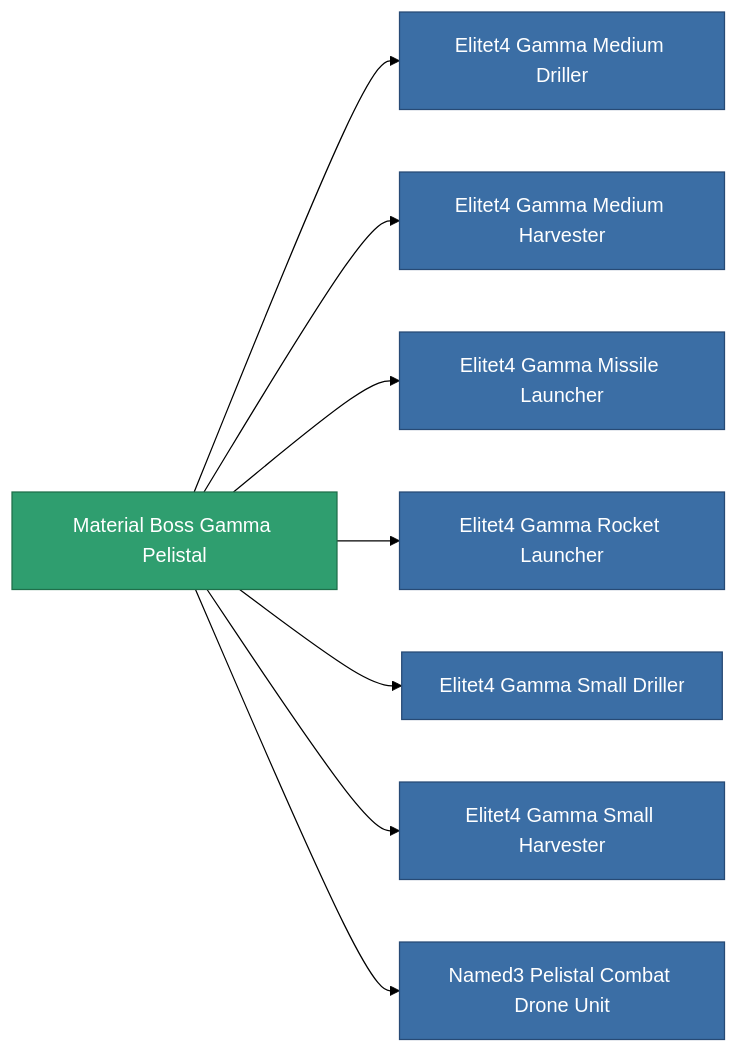
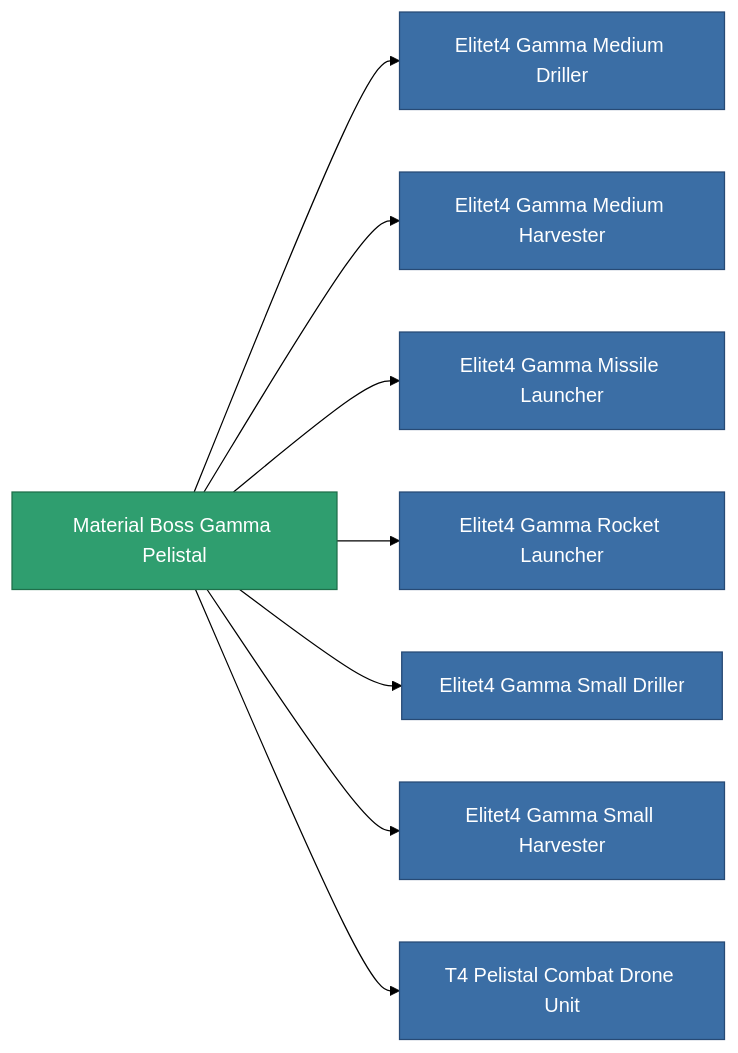
Before and after one commit to OpenPerpetuum/Wiki: the diagram in content/content/items/material_boss_gamma_pelistal.md, drawn with Mermaid (forest theme). The commit also changed other lines of this file and 4904 other files, not shown here.

````diff
--- a/content/content/items/material_boss_gamma_pelistal.md
+++ b/content/content/items/material_boss_gamma_pelistal.md
@@ -28,28 +28,28 @@
 ```mermaid
 graph LR
     a["Material Boss Gamma Pelistal"]:::current
     b["Elitet4 Gamma Medium Driller"]:::prod
     a --> b
     click b "/content/items/elitet4-gamma-medium-driller/" "Elitet4 Gamma Medium Driller"
     c["Elitet4 Gamma Medium Harvester"]:::prod
     a --> c
     click c "/content/items/elitet4-gamma-medium-harvester/" "Elitet4 Gamma Medium Harvester"
     d["Elitet4 Gamma Missile Launcher"]:::prod
     a --> d
     click d "/content/items/elitet4-gamma-missile-launcher/" "Elitet4 Gamma Missile Launcher"
     e["Elitet4 Gamma Rocket Launcher"]:::prod
     a --> e
     click e "/content/items/elitet4-gamma-rocket-launcher/" "Elitet4 Gamma Rocket Launcher"
     f["Elitet4 Gamma Small Driller"]:::prod
     a --> f
     click f "/content/items/elitet4-gamma-small-driller/" "Elitet4 Gamma Small Driller"
     g["Elitet4 Gamma Small Harvester"]:::prod
     a --> g
     click g "/content/items/elitet4-gamma-small-harvester/" "Elitet4 Gamma Small Harvester"
-    h["Named3 Pelistal Combat Drone Unit"]:::prod
+    h["T4 Pelistal Combat Drone Unit"]:::prod
     a --> h
-    click h "/content/items/named3-pelistal-combat-drone-unit/" "Named3 Pelistal Combat Drone Unit"
+    click h "/content/items/named3-pelistal-combat-drone-unit/" "T4 Pelistal Combat Drone Unit"
     classDef current fill:#2f9e6f,stroke:#1f6f4a,color:#ffffff
     classDef prod fill:#3b6ea5,stroke:#274a75,color:#ffffff
     classDef more fill:#39445a,stroke:#54658a,color:#d5dbe8
 ```
````
